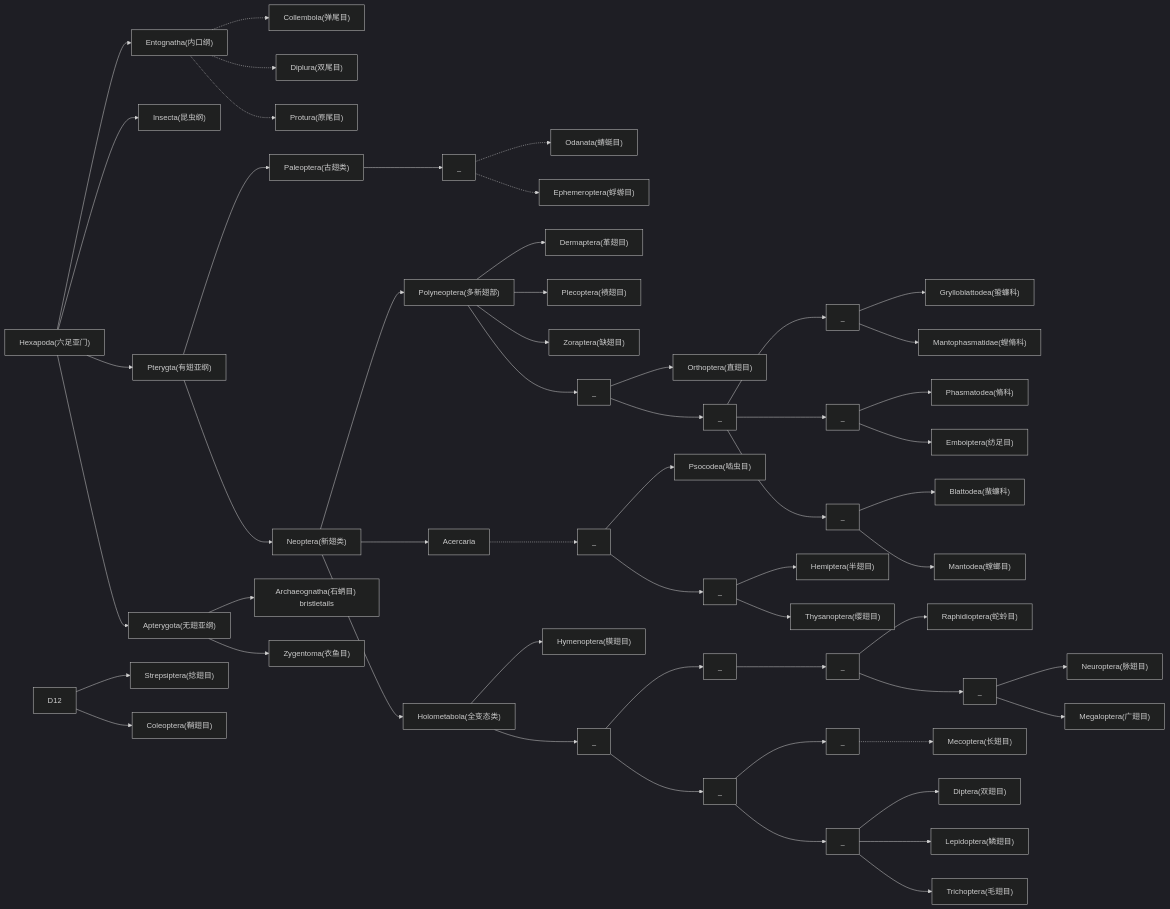
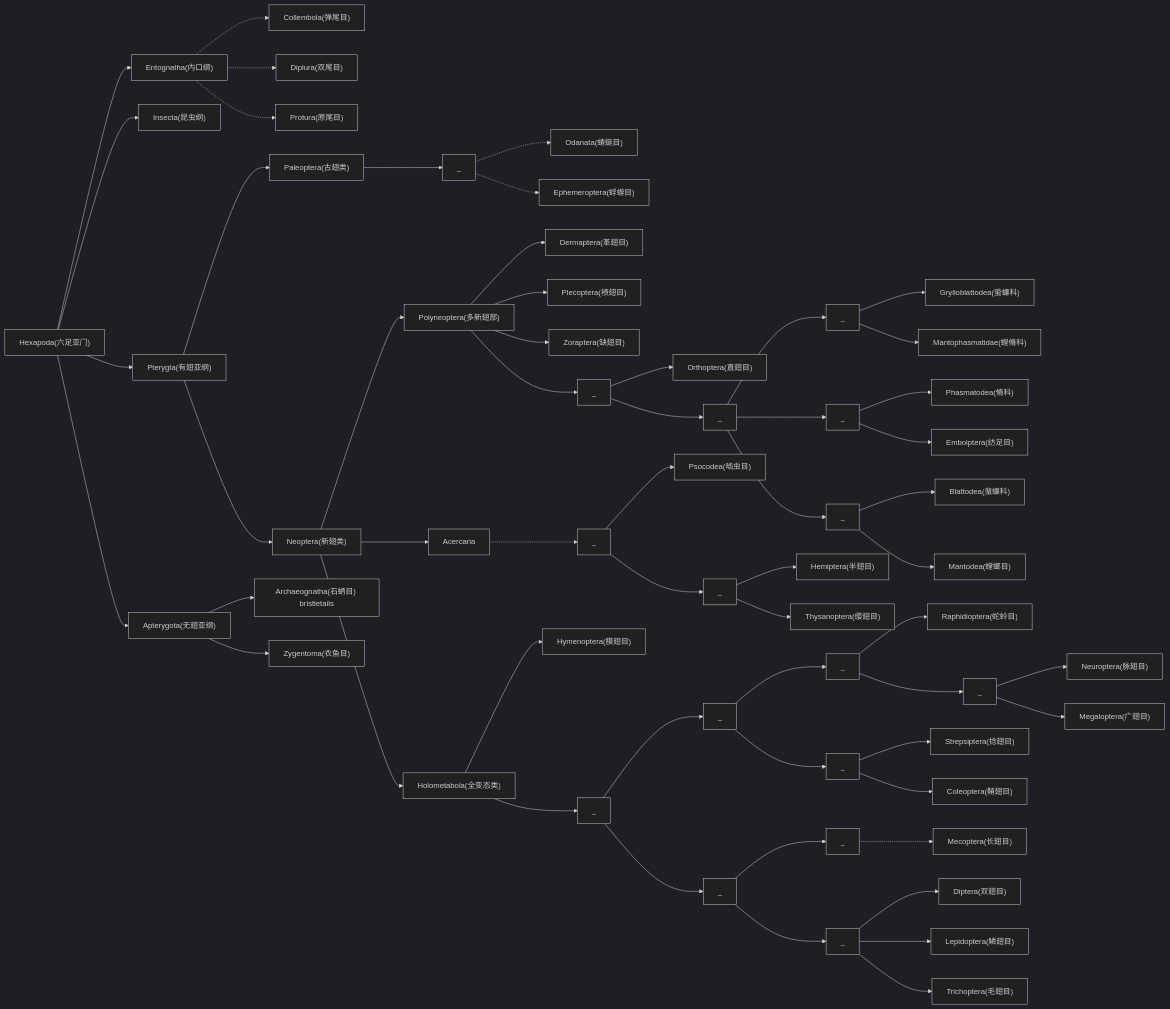
Before and after one commit to threecifanggen/gotcha-hz-biodiversity: the diagram in content/概念与知识/昆虫的演化.md, drawn with Mermaid (dark theme).

Commit message:
add pages

````diff
--- a/content/概念与知识/昆虫的演化.md
+++ b/content/概念与知识/昆虫的演化.md
@@ -11,64 +11,65 @@
 ```mermaid
 graph LR
 	Hexapoda["Hexapoda(六足亚门)"]
 	Hexapoda --> Entognatha["Entognatha(内口纲)"]
 	Entognatha -.-> Collembola["Collembola(弹尾目)"]
 	Entognatha -.-> Diplura["Diplura(双尾目)"]
 	Entognatha -.-> Protura["Protura(原尾目)"]
 	Hexapoda --> Insecta["Insecta(昆虫纲)"]
 	Hexapoda --> Apterygota["Apterygota(无翅亚纲)"]
 	Hexapoda --> Pterygta["Pterygta(有翅亚纲)"]
 	Pterygta --> Paleoptera["Paleoptera(古翅类)"]
 	Pterygta --> Neoptera["Neoptera(新翅类)"]
 	Neoptera --> Polyneoptera["Polyneoptera(多新翅部)"]
 	Neoptera --> Acercaria["Acercaria"]
 	Neoptera --> Holometabola["Holometabola(全变态类)"]
 
 	Apterygota --> Archaeognatha["Archaeognatha(石蛃目) bristletails"]
 	Apterygota --> Zygentoma["Zygentoma(衣鱼目)"]
 
 	Paleoptera --> A["_"]
 	A -.-> Odonata["Odanata(蜻蜓目)"]
 	A -.-> Ephemeroptera["Ephemeroptera(蜉蝣目)"]
 
 	Polyneoptera --> Dermaptera["Dermaptera(革翅目)"]
 	Polyneoptera --> Plecoptera["Plecoptera(𫌀翅目)"]
 	Polyneoptera --> Zoraptera["Zoraptera(缺翅目)"]
 
 	Polyneoptera --> B["_"]
 		B --> Orthoptera["Orthoptera(直翅目)"]
 		B --> B1["_"]
 			B1 --> B11["_"]
 				B11 --> Grylloblattodea["Grylloblattodea(蛩蠊科)"]
 				B11 --> Mantophasmatodea["Mantophasmatidae(螳脩科)"]
 			B1 --> B12["_"]
 				B12 --> Phasmatodea["Phasmatodea(脩科)"]
 				B12 --> Emboiptera["Emboiptera(纺足目)"]
 			B1 --> B13["_"]
 				B13 --> Blattodea["Blattodea(蜚蠊科)"]
 				B13 --> Mantodea["Mantodea(螳螂目)"]
 	Acercaria -.-> C["_"]
 		C --> Psocodea["Psocodea(啮虫目)"]
 		C --> C1["_"]
 			C1 --> Hemiptera["Hemiptera(半翅目)"]
 			C1 --> Thysanoptera["Thysanoptera(缨翅目)"]
 	Holometabola --> Hymenoptera["Hymenoptera(膜翅目)"]
 	Holometabola --> D["_"]
 		D --> D1["_"]
 			D1 --> D11["_"]
 				D11 --> Raphidioptera["Raphidioptera(蛇蛉目)"]
 				D11 --> D111["_"]
 					D111 --> Neuroptera["Neuroptera(脉翅目)"]
 					D111 --> Megaloptera["Megaloptera(广翅目)"]
+			D1 --> D12["_"]
 				D12 --> Strepsiptera["Strepsiptera(捻翅目)"]
 				D12 --> Coleoptera["Coleoptera(鞘翅目)"]
 		D --> D2["_"]
 			D2 --> D21["_"]
 				D21 -.-> Mecoptera["Mecoptera(长翅目)"]
 				D22 --> Diptera["Diptera(双翅目)"]
 			D2 --> D22["_"]
 				D22 --> Lepidoptera["Lepidoptera(鳞翅目)"]
 				D22 --> Trichoptera["Trichoptera(毛翅目)"]
 				
 			
 ```
````
